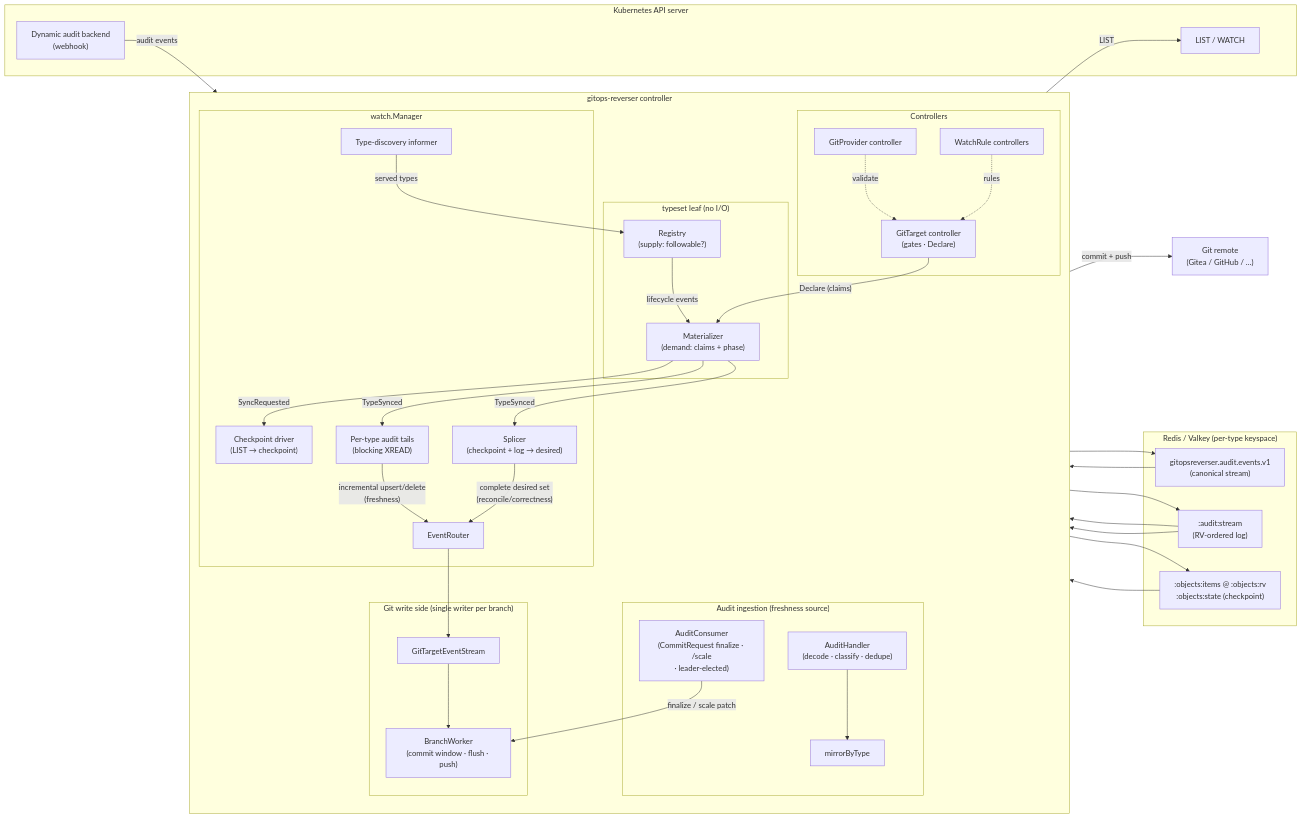
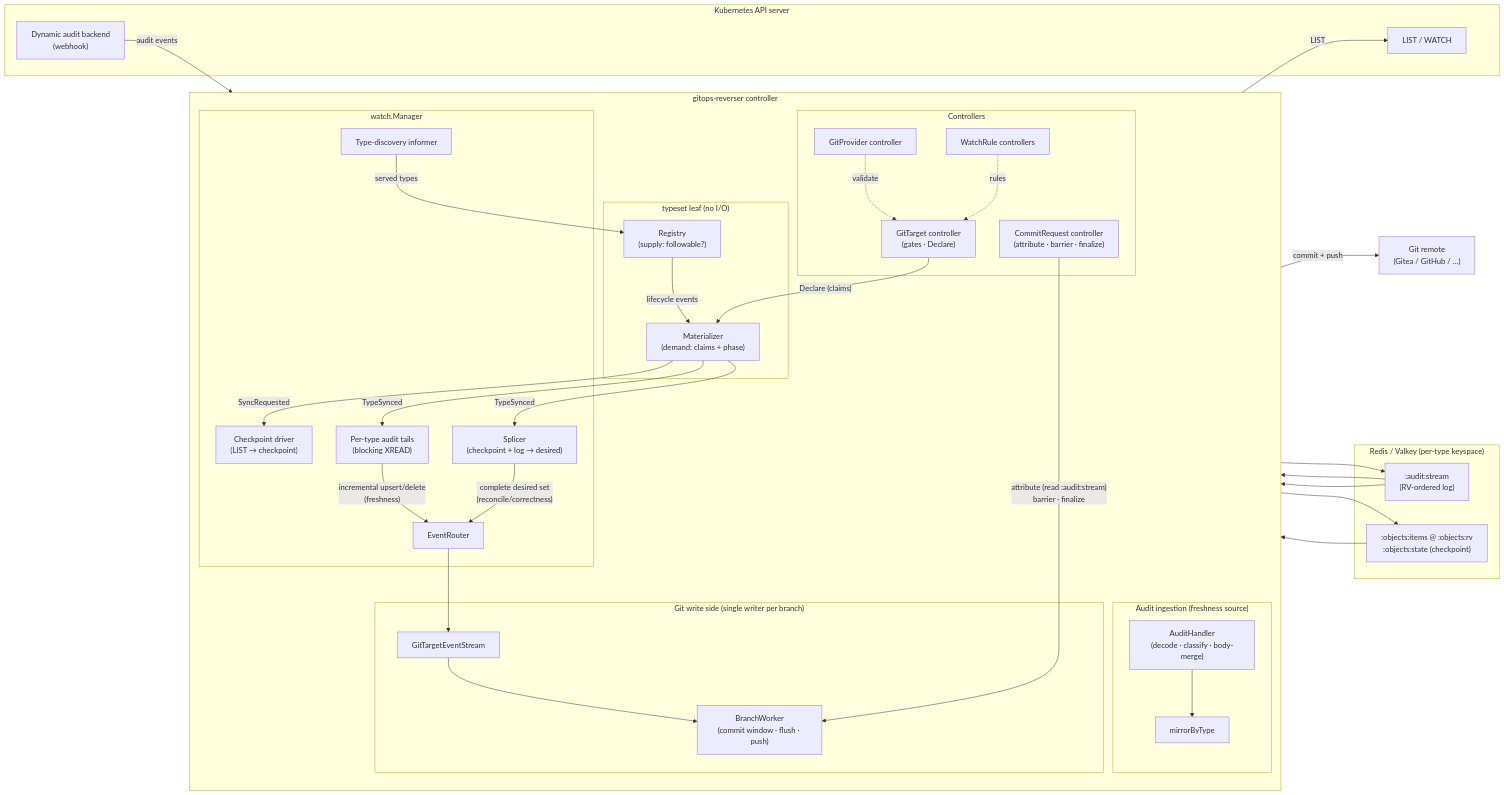
One commit to ConfigButler/gitops-reverser changed the first of 2 diagrams in docs/design/stream/architecture-and-bootstrap.md. Above: the diagram before and after it, drawn with Mermaid. The commit also changed other lines of this file and 21 other files, not shown here.

````diff
--- a/docs/design/stream/architecture-and-bootstrap.md
+++ b/docs/design/stream/architecture-and-bootstrap.md
@@ -70,76 +70,73 @@
 ```mermaid
 flowchart LR
     subgraph K8S["Kubernetes API server"]
         AUD["Dynamic audit backend<br/>(webhook)"]
         API["LIST / WATCH"]
     end
 
     subgraph CTRL["gitops-reverser controller"]
         direction TB
 
         subgraph INGEST["Audit ingestion (freshness source)"]
-            WH["AuditHandler<br/>(decode · classify · dedupe)"]
+            WH["AuditHandler<br/>(decode · classify · body-merge)"]
             MIR["mirrorByType"]
-            CONS["AuditConsumer<br/>(CommitRequest finalize · /scale<br/>· leader-elected)"]
         end
 
         subgraph TYPESET["typeset leaf (no I/O)"]
             REG["Registry<br/>(supply: followable?)"]
             MAT["Materializer<br/>(demand: claims + phase)"]
         end
 
         subgraph WATCH["watch.Manager"]
             DISC["Type-discovery informer"]
             DRV["Checkpoint driver<br/>(LIST → checkpoint)"]
             TAIL["Per-type audit tails<br/>(blocking XREAD)"]
             SPL["Splicer<br/>(checkpoint + log → desired)"]
             RTR["EventRouter"]
         end
 
         subgraph CTRLRS["Controllers"]
             GTC["GitTarget controller<br/>(gates · Declare)"]
             GPC["GitProvider controller"]
             WRC["WatchRule controllers"]
+            CRC["CommitRequest controller<br/>(attribute · barrier · finalize)"]
         end
 
         subgraph WRITE["Git write side (single writer per branch)"]
             STREAM["GitTargetEventStream"]
             BW["BranchWorker<br/>(commit window · flush · push)"]
         end
     end
 
     subgraph REDIS["Redis / Valkey (per-type keyspace)"]
-        CANON["gitopsreverser.audit.events.v1<br/>(canonical stream)"]
         LOG[":audit:stream<br/>(RV-ordered log)"]
         CKPT[":objects:items @ :objects:rv<br/>:objects:state (checkpoint)"]
     end
 
     GIT["Git remote<br/>(Gitea / GitHub / …)"]
 
     AUD -->|"audit events"| WH
-    WH --> CANON
     WH --> MIR --> LOG
-    CANON --> CONS
 
     DISC -->|"served types"| REG
     REG -->|"lifecycle events"| MAT
     GTC -->|"Declare (claims)"| MAT
     MAT -->|"SyncRequested"| DRV
     DRV -->|"LIST"| API
     DRV --> CKPT
     MAT -->|"TypeSynced"| TAIL
     MAT -->|"TypeSynced"| SPL
 
     LOG --> TAIL
     CKPT --> SPL
     LOG --> SPL
     TAIL -->|"incremental upsert/delete<br/>(freshness)"| RTR
     SPL -->|"complete desired set<br/>(reconcile/correctness)"| RTR
-    CONS -->|"finalize / scale patch"| BW
+    CRC -->|"attribute (read :audit:stream)<br/>barrier · finalize"| BW
 
     RTR --> STREAM --> BW
     BW -->|"commit + push"| GIT
 
     GPC -.->|"validate"| GTC
     WRC -.->|"rules"| GTC
 ```
````
